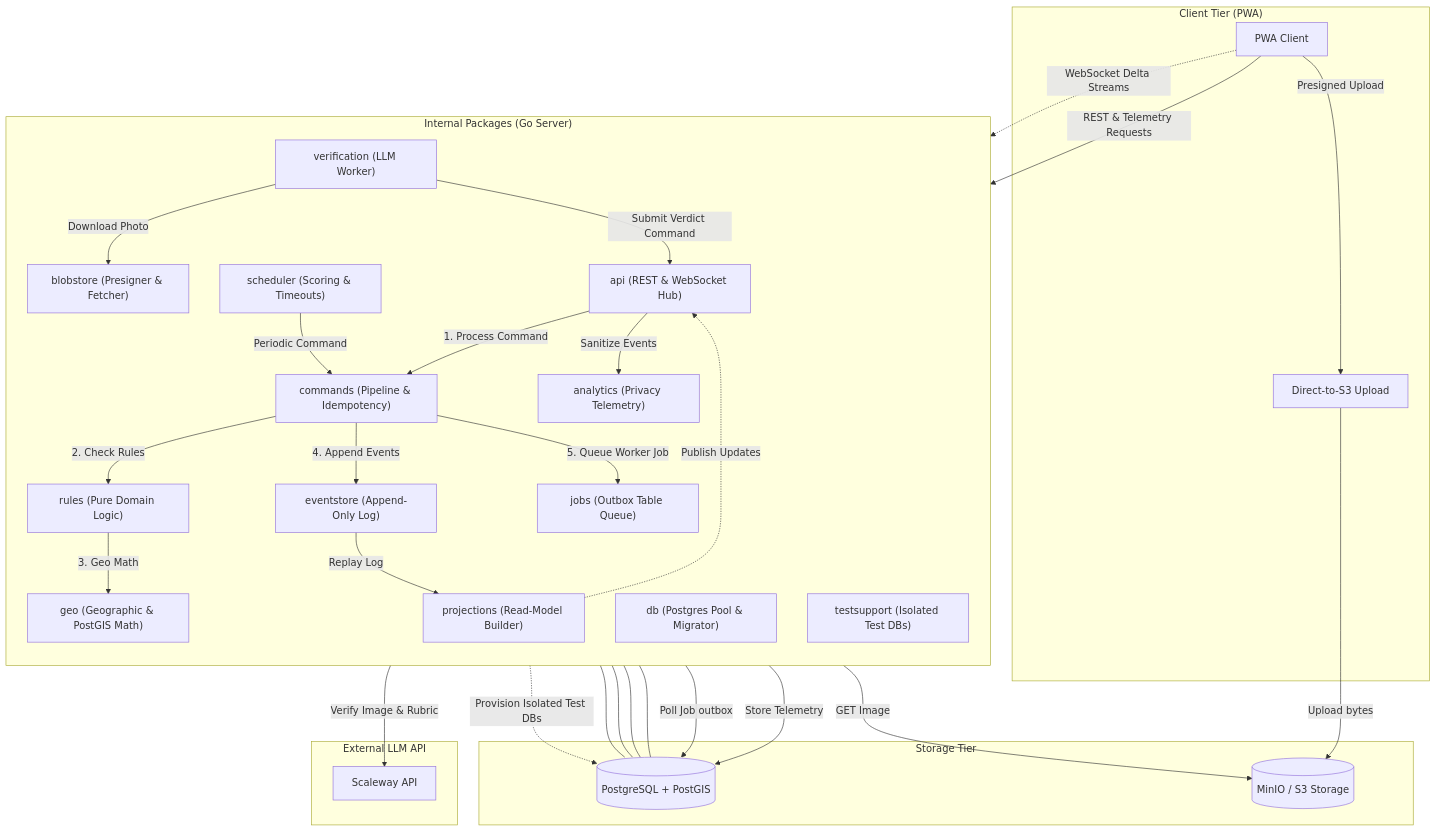
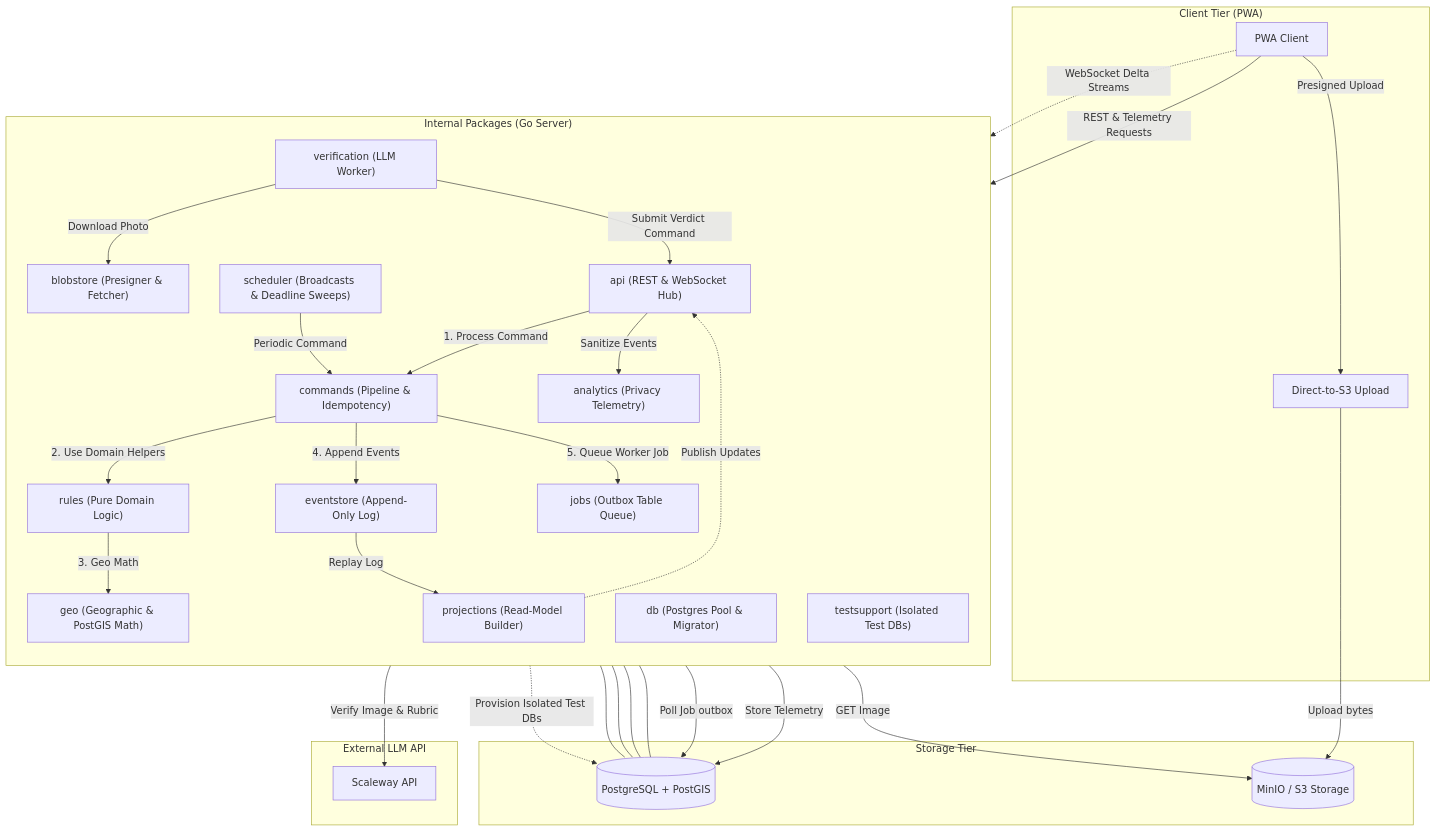
One commit to Jessevdz/RunwayTheGame changed the diagram in internal/README.md. Above: the diagram before and after it, drawn with Mermaid. The commit also changed other lines of this file and 107 other files, not shown here.

````diff
--- a/internal/README.md
+++ b/internal/README.md
@@ -47,69 +47,69 @@
 ```mermaid
 flowchart TD
     subgraph Client ["Client Tier (PWA)"]
         pwa["PWA Client"]
         s3_put["Direct-to-S3 Upload"]
     end
 
     subgraph Internal ["Internal Packages (Go Server)"]
         direction TB
         api["api (REST & WebSocket Hub)"]
         analytics["analytics (Privacy Telemetry)"]
         cmd["commands (Pipeline & Idempotency)"]
         rules["rules (Pure Domain Logic)"]
         proj["projections (Read-Model Builder)"]
         eventsvc["eventstore (Append-Only Log)"]
-        scheduler["scheduler (Scoring & Timeouts)"]
+        scheduler["scheduler (Broadcasts & Deadline Sweeps)"]
         geo["geo (Geographic & PostGIS Math)"]
         db["db (Postgres Pool & Migrator)"]
         blob["blobstore (Presigner & Fetcher)"]
         jobs["jobs (Outbox Table Queue)"]
         verify["verification (LLM Worker)"]
         testsupport["testsupport (Isolated Test DBs)"]
     end
 
     subgraph Storage ["Storage Tier"]
         pg[("PostgreSQL + PostGIS")]
         minio[("MinIO / S3 Storage")]
     end
 
     subgraph LLM ["External LLM API"]
         scw["Scaleway API"]
     end
 
     %% Client and external interactions
     pwa -->|REST & Telemetry Requests| api
     pwa -.->|WebSocket Delta Streams| api
     pwa -->|Presigned Upload| s3_put
     s3_put -->|Upload bytes| minio
     
     %% API Command & Telemetry Flow
     api -->|1. Process Command| cmd
     api -->|Sanitize Events| analytics
     analytics -->|Store Telemetry| pg
     scheduler -->|Periodic Command| cmd
     
     %% Command execution pipeline
-    cmd -->|2. Check Rules| rules
+    cmd -->|2. Use Domain Helpers| rules
     rules -->|3. Geo Math| geo
     cmd -->|4. Append Events| eventsvc
     cmd -->|5. Queue Worker Job| jobs
     
     %% Projections
     eventsvc -->|Replay Log| proj
     proj -.->|Publish Updates| api
     
     %% Worker flow
     verify -->|Poll Job outbox| pg
     verify -->|Download Photo| blob
     blob -->|GET Image| minio
     verify -->|Verify Image & Rubric| scw
     verify -->|Submit Verdict Command| api
     
     %% DB layer & Test isolation
     eventsvc --- pg
     proj --- pg
     jobs --- pg
     db --- pg
     testsupport -.->|Provision Isolated Test DBs| pg
 ```
````
